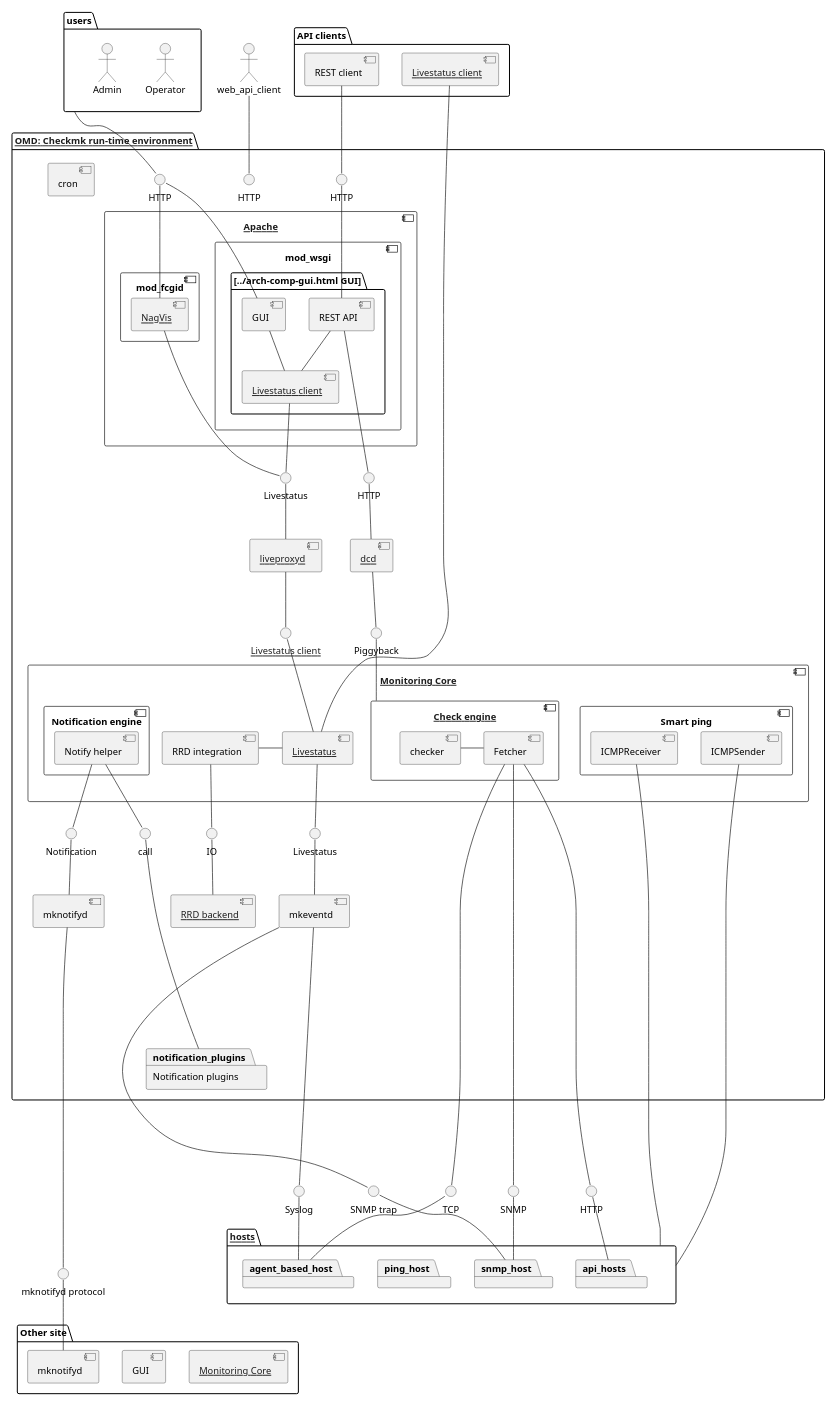
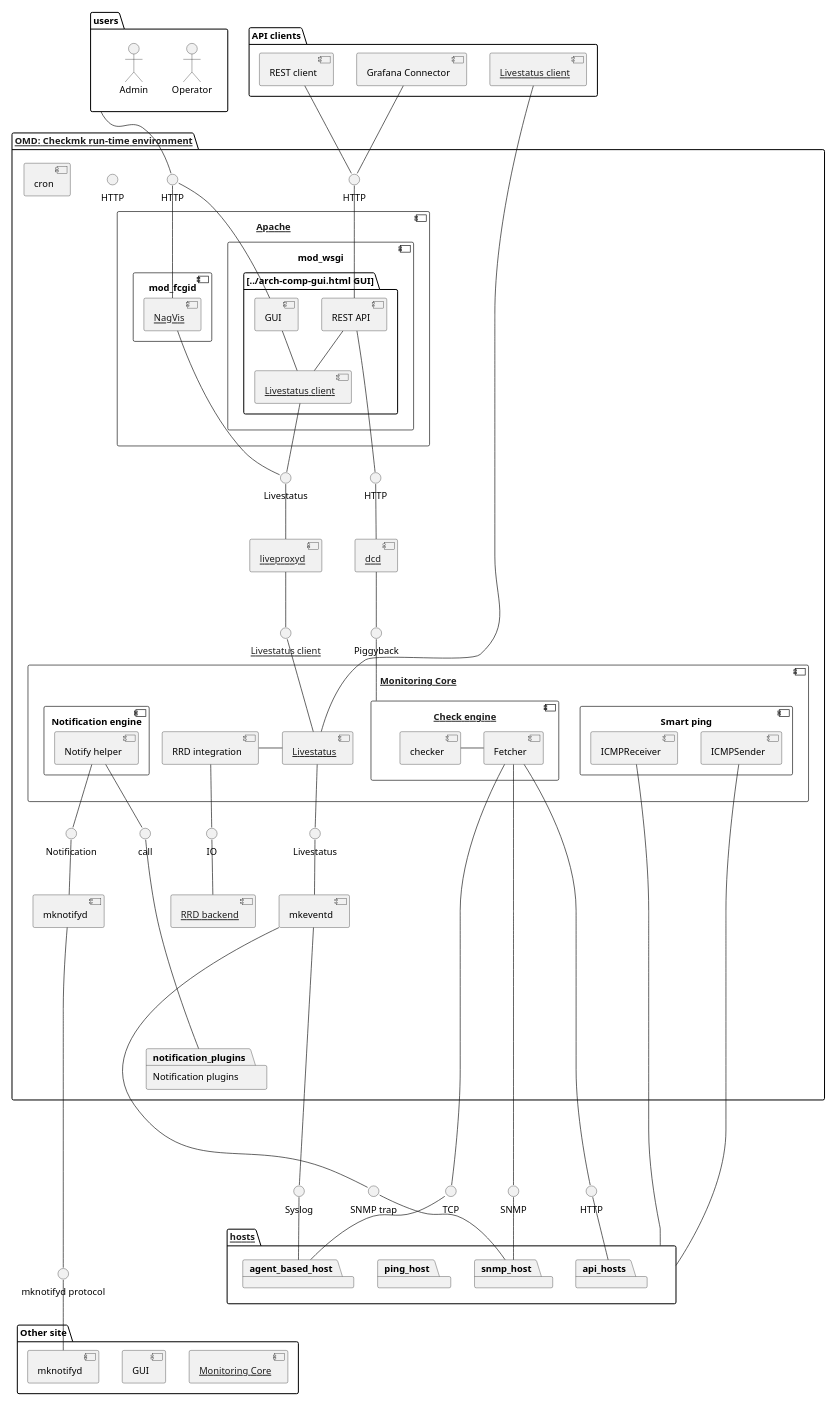
Before and after one commit to Checkmk/checkmk: the diagram in doc/documentation/topology.puml, drawn with PlantUML. The commit also changed 4 other files, not shown here.

Commit message:
Move metrics article; Add grafana connector

```diff
--- a/doc/documentation/topology.puml
+++ b/doc/documentation/topology.puml
@@ -1,147 +1,148 @@
 @startuml
 skinparam componentStyle uml2
 skinparam monochrome true
 ' Remove shadows
 skinparam shadowing false
 scale 0.6
 
 package users {
     actor "Operator" as operator
     actor "Admin" as admin
 }
 
 package "API clients" as api_clients {
+    component "Grafana Connector" as grafana_connector
     component "REST client" as rest_api_client
     component "[[../arch-comp-livestatus-client.html Livestatus client]]" as external_livestatus_client
 }
 
 package "[[../arch-comp-omd.html OMD: Checkmk run-time environment]]" as omd {
     interface HTTP as http_gui
     interface HTTP as http_rest_api
     interface HTTP as http_web_api
     component "[[../arch-comp-apache.html Apache]]" as apache {
         component "mod_wsgi" as mod_wsgi {
             package "[[../arch-comp-gui.html GUI]]" {
                 component GUI
                 component "REST API" as rest_api
                 component "[[../arch-comp-livestatus-client.html Livestatus client]]" as apache_livestatus_client
             }
         }
         component mod_fcgid {
             component "[[../arch-comp-nagvis.html NagVis]]" as nagvis
         }
     }
     interface Livestatus as apache_livestatus
 
     component "[[../arch-comp-core.html Monitoring Core]]" as cmc {
         component "RRD integration" as rrd_integration
         component "[[../arch-comp-livestatus.html Livestatus]]" as cmc_livestatus_server
         component "[[../arch-comp-checkengine.html Check engine]]" as check_engine {
             component checker
             component Fetcher
         }
         component "Smart ping" as smart_ping {
             component ICMPReceiver
             component ICMPSender
         }
         component "Notification engine" as cmc_notify {
             component "Notify helper" as notify_helper
         }
     }
     interface "call" as call_notification_plugins
 
     component cron
 
     component "[[../arch-comp-liveproxyd.html liveproxyd]]" as liveproxyd
     interface "[[../arch-comp-livestatus-client.html Livestatus client]]" as liveproxyd_livestatus_client
 
     component "[[../arch-comp-dcd.html dcd]]" as dcd
     interface "HTTP" as dcd_web_api_client
     interface Piggyback as dcd_piggyback
 
     component mkeventd
     interface Livestatus as mkeventd_livestatus
 
     component mknotifyd
     interface Notification as mknotifyd_notification
 
     component "[[../arch-comp-rrd-backend.html RRD backend]]" as rrd_backend
     interface "IO" as rrd_io
 
     package "Notification plugins" as notification_plugins
 }
 
 package "Other site" as other_site {
     component "[[../arch-comp-core.html Monitoring Core]]" as cmc_other_site
     component "GUI" as gui_other_site
     component "mknotifyd" as mknotifyd_other_site
 }
 interface "mknotifyd protocol" as mknotifyd_protocol
 
 package "[[../arch-comp-hosts.html hosts]]" as hosts {
     package agent_based_host
     package snmp_host
     package ping_host
     package api_hosts
 }
 interface TCP
 interface Syslog
 interface SNMP
 interface "SNMP trap" as trap
 interface HTTP as api_hosts_http
 
 users -d- http_gui
-web_api_client -d- http_web_api
 rest_api_client -d- http_rest_api
+grafana_connector -d- http_rest_api
 
 http_gui -d- GUI
 http_gui -d- nagvis
 http_rest_api -d- rest_api
 
 GUI -d- apache_livestatus_client
 rest_api -d- apache_livestatus_client
 apache_livestatus_client -d- apache_livestatus
 nagvis -d- apache_livestatus
 apache_livestatus -d- liveproxyd
 
 liveproxyd -d- liveproxyd_livestatus_client
 liveproxyd_livestatus_client -d- cmc_livestatus_server
 
 dcd -u- dcd_web_api_client
 dcd -d- dcd_piggyback
 dcd_web_api_client -l- rest_api
 dcd_piggyback -d- check_engine
 
 ' Help visualization
 notify_helper -[hidden]r-> rrd_integration
 rrd_integration -r- cmc_livestatus_server
 checker -r- Fetcher
 
 external_livestatus_client -d- cmc_livestatus_server
 Fetcher -d----- TCP
 Fetcher -d----- SNMP
 Fetcher -d----- api_hosts_http
 TCP -d- agent_based_host
 SNMP -d- snmp_host
 api_hosts_http -d- api_hosts
 ICMPSender -d---- hosts
 ICMPReceiver -d---- hosts
 
 rrd_integration -d- rrd_io
 rrd_io -d- rrd_backend
 
 notify_helper -d- call_notification_plugins
 call_notification_plugins -d---- notification_plugins
 notify_helper -d- mknotifyd_notification
 mknotifyd_notification -d- mknotifyd
 mknotifyd -d------ mknotifyd_protocol
 mknotifyd_protocol -d- mknotifyd_other_site
 
 cmc_livestatus_server -d- mkeventd_livestatus
 mkeventd_livestatus -d- mkeventd
 mkeventd -d-- Syslog
 Syslog -d- agent_based_host
 mkeventd -d----- trap
 trap -d- snmp_host
 
 @enduml
```
